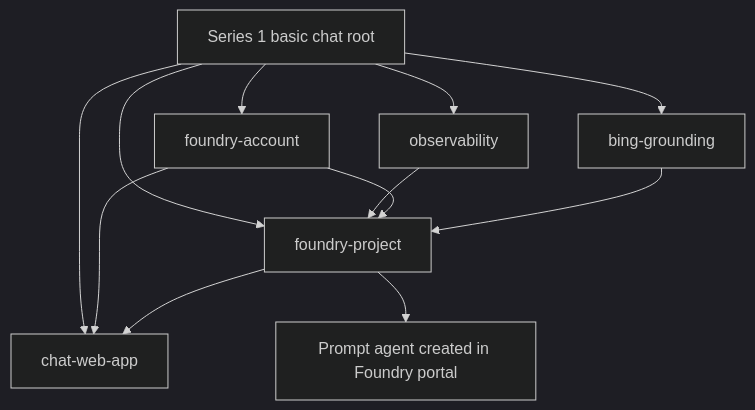
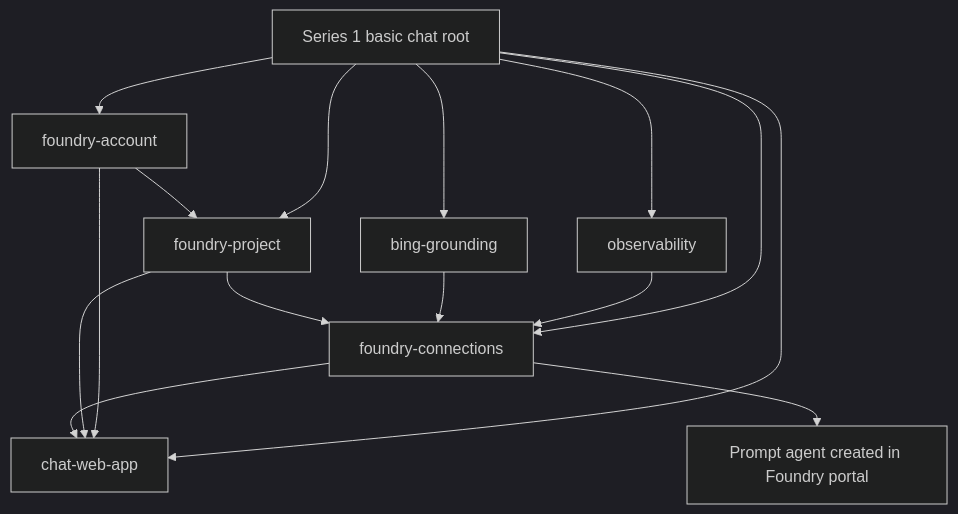
Before and after one commit to ZimCanIT/foundry-service-architecture-series: the diagram in docs/terraform-module-architecture.md, drawn with Mermaid (dark theme). The commit also changed other lines of this file and 33 other files, not shown here.

Commit message:
Create full Terraform module architecture

````diff
--- a/docs/terraform-module-architecture.md
+++ b/docs/terraform-module-architecture.md
@@ -52,22 +86,26 @@
 ```mermaid
 flowchart TD
     root[Series 1 basic chat root]
     obs[observability]
     foundry[foundry-account]
     bing[bing-grounding]
     project[foundry-project]
+    connections[foundry-connections]
     app[chat-web-app]
     agent[Prompt agent created in Foundry portal]
 
     root --> obs
     root --> foundry
     root --> bing
     root --> project
+    root --> connections
     root --> app
-    obs --> project
+    obs --> connections
     foundry --> project
-    bing --> project
+    bing --> connections
+    project --> connections
     foundry --> app
     project --> app
-    project --> agent
+    connections --> app
+    connections --> agent
 ```
````
